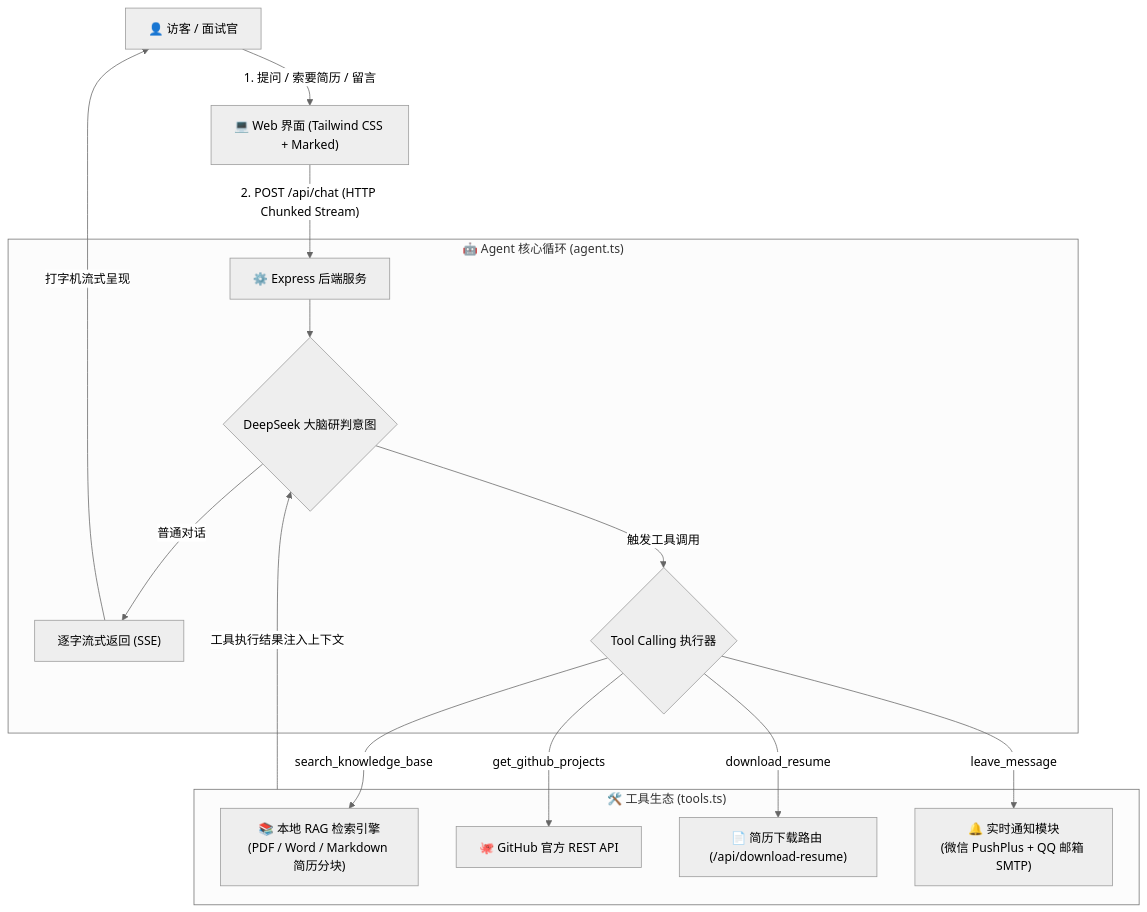
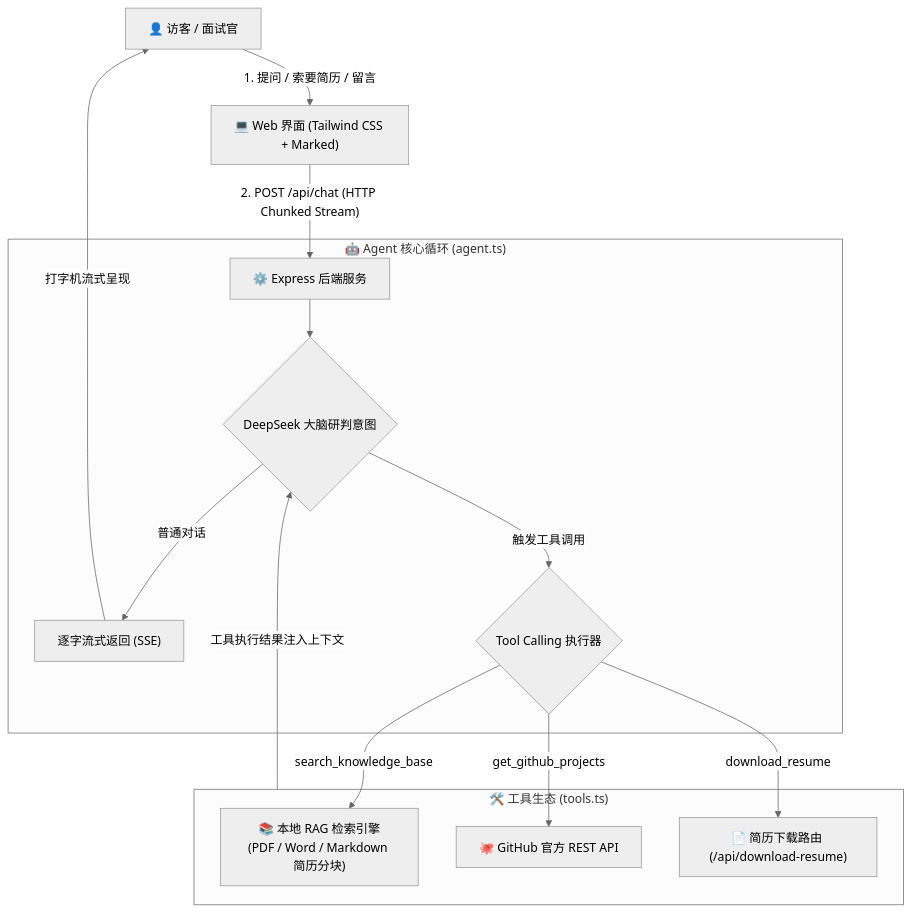
The diagram in README.md (2454435987/my-avatar-agent), drawn with Mermaid (neutral theme) before and after one commit. The commit also changed other lines of this file and 5 other files, not shown here.

````diff
--- a/README.md
+++ b/README.md
@@ -36,21 +34,20 @@
 ```mermaid
 flowchart TD
     User["👤 访客 / 面试官"] -->|"1. 提问 / 索要简历 / 留言"| WebUI["💻 Web 界面 (Tailwind CSS + Marked)"]
     WebUI -->|"2. POST /api/chat (HTTP Chunked Stream)"| Server["⚙️ Express 后端服务"]
     
     subgraph Agent_Core ["🤖 Agent 核心循环 (agent.ts)"]
         Server --> Loop{"DeepSeek 大脑研判意图"}
         Loop -->|"普通对话"| TextStream["逐字流式返回 (SSE)"]
         Loop -->|"触发工具调用"| ToolRouter{"Tool Calling 执行器"}
     end
 
     subgraph Tool_Ecosystem ["🛠️ 工具生态 (tools.ts)"]
         ToolRouter -->|"search_knowledge_base"| RAG["📚 本地 RAG 检索引擎<br/>(PDF / Word / Markdown 简历分块)"]
         ToolRouter -->|"get_github_projects"| GitHubAPI["🐙 GitHub 官方 REST API"]
         ToolRouter -->|"download_resume"| ResumeFile["📄 简历下载路由 (/api/download-resume)"]
-        ToolRouter -->|"leave_message"| Notifier["🔔 实时通知模块<br/>(微信 PushPlus + QQ 邮箱 SMTP)"]
     end
 
     Tool_Ecosystem -->|"工具执行结果注入上下文"| Loop
     TextStream -->|"打字机流式呈现"| User
 ```
````
